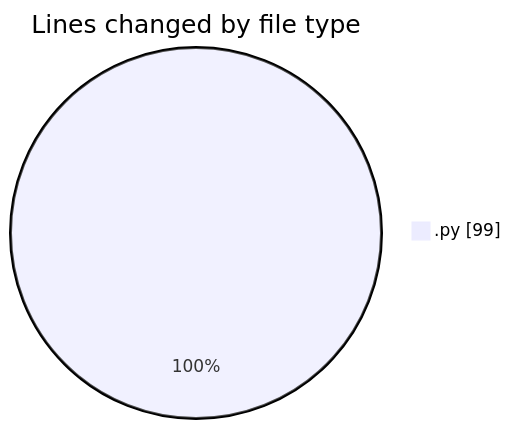
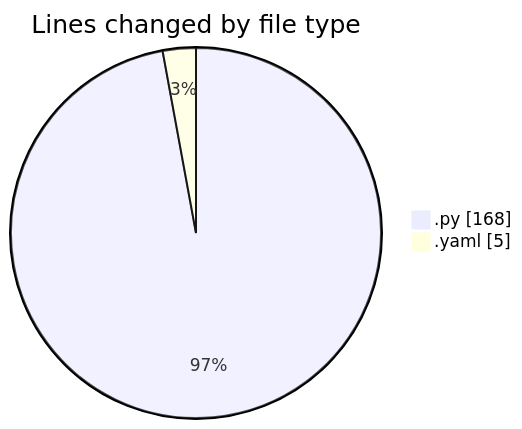
The first of 2 diagrams in 2025-06-26/webapp/README.md (Ritupan-Deka/code-tracking), drawn with Mermaid before and after one commit. The commit also changed other lines of this file and 1 other file, not shown here.

````diff
--- a/2025-06-26/webapp/README.md
+++ b/2025-06-26/webapp/README.md
@@ -21,5 +24,6 @@
 ```mermaid
 pie showData
 title Lines changed by file type
-".py" : 99
+".py" : 168
+".yaml" : 5
 ```
````
